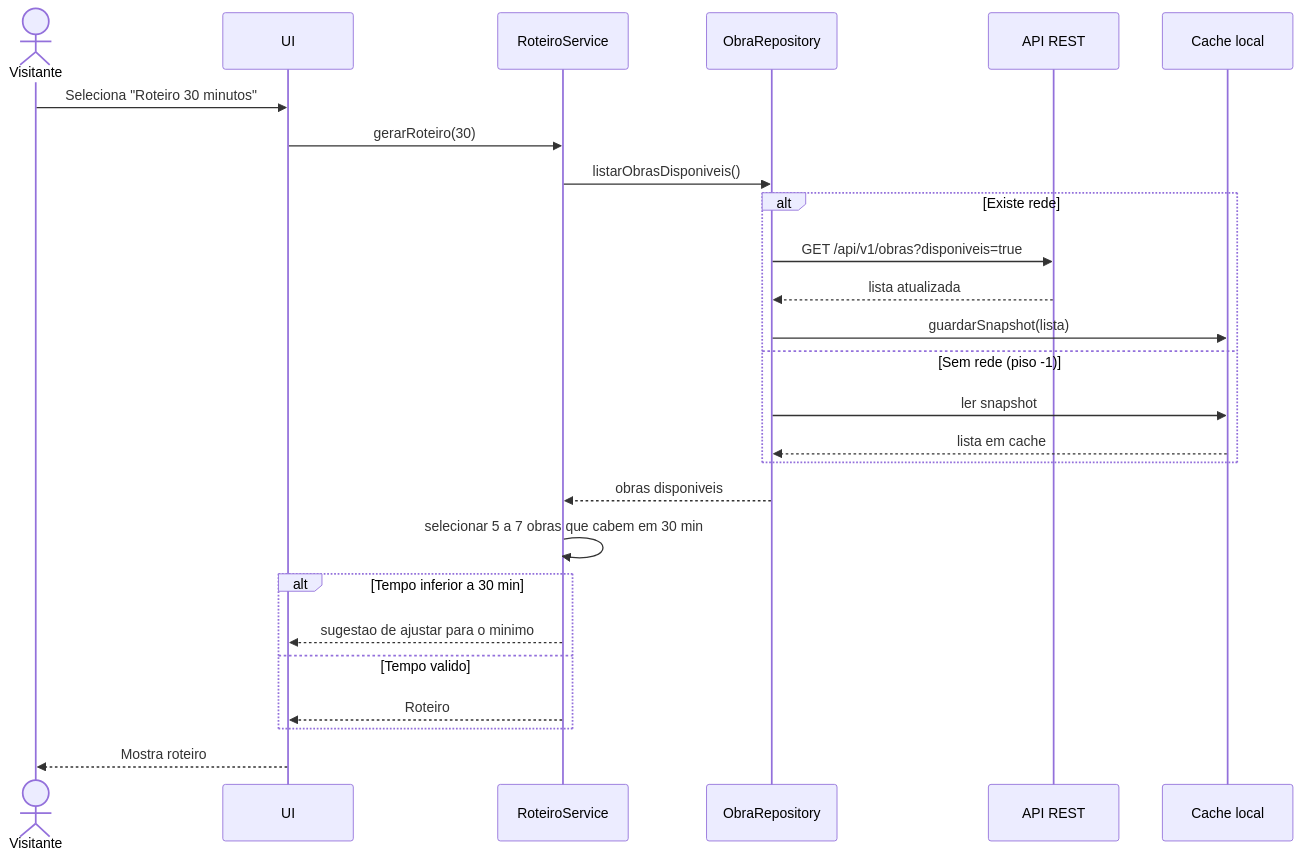
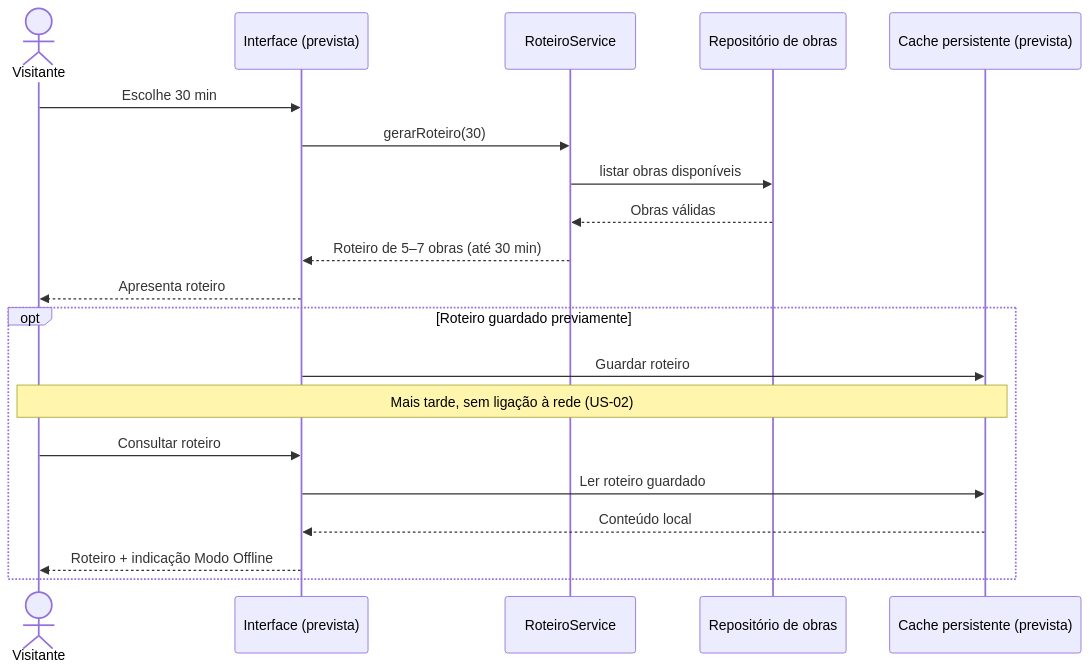
Before and after one commit to PedroRodriguesUFP/Projeto-de-ESOF: the fourth of 6 diagrams in docs/arquitetura.md, drawn with Mermaid. The commit also changed other lines of this file and 3 other files, not shown here.

````diff
--- a/docs/arquitetura.md
+++ b/docs/arquitetura.md
@@ -221,29 +140,22 @@
 ```mermaid
 sequenceDiagram
     actor V as Visitante
-    participant UI as UI
+    participant UI as Interface (prevista)
     participant RS as RoteiroService
-    participant OR as ObraRepository
-    participant RA as API REST
-    participant LC as Cache local
-
-    V->>UI: Seleciona "Roteiro 30 minutos"
+    participant OR as Repositório de obras
+    participant LC as Cache persistente (prevista)
+    V->>UI: Escolhe 30 min
     UI->>RS: gerarRoteiro(30)
-    RS->>OR: listarObrasDisponiveis()
-    alt Existe rede
-        OR->>RA: GET /api/v1/obras?disponiveis=true
-        RA-->>OR: lista atualizada
-        OR->>LC: guardarSnapshot(lista)
-    else Sem rede (piso -1)
-        OR->>LC: ler snapshot
-        LC-->>OR: lista em cache
+    RS->>OR: listar obras disponíveis
+    OR-->>RS: Obras válidas
+    RS-->>UI: Roteiro de 5–7 obras (até 30 min)
+    UI-->>V: Apresenta roteiro
+    opt Roteiro guardado previamente
+        UI->>LC: Guardar roteiro
+        Note over V,LC: Mais tarde, sem ligação à rede (US-02)
+        V->>UI: Consultar roteiro
+        UI->>LC: Ler roteiro guardado
+        LC-->>UI: Conteúdo local
+        UI-->>V: Roteiro + indicação Modo Offline
     end
-    OR-->>RS: obras disponiveis
-    RS->>RS: selecionar 5 a 7 obras que cabem em 30 min
-    alt Tempo inferior a 30 min
-        RS-->>UI: sugestao de ajustar para o minimo
-    else Tempo valido
-        RS-->>UI: Roteiro
-    end
-    UI-->>V: Mostra roteiro
 ```
````
